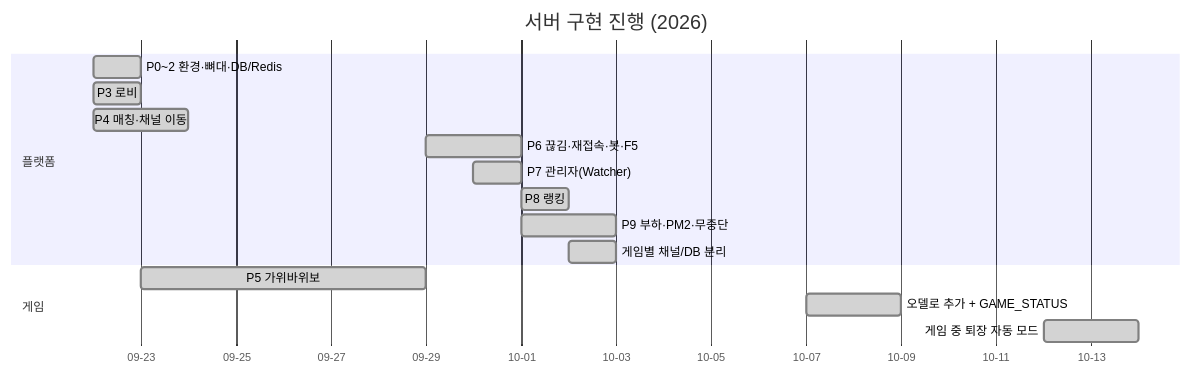
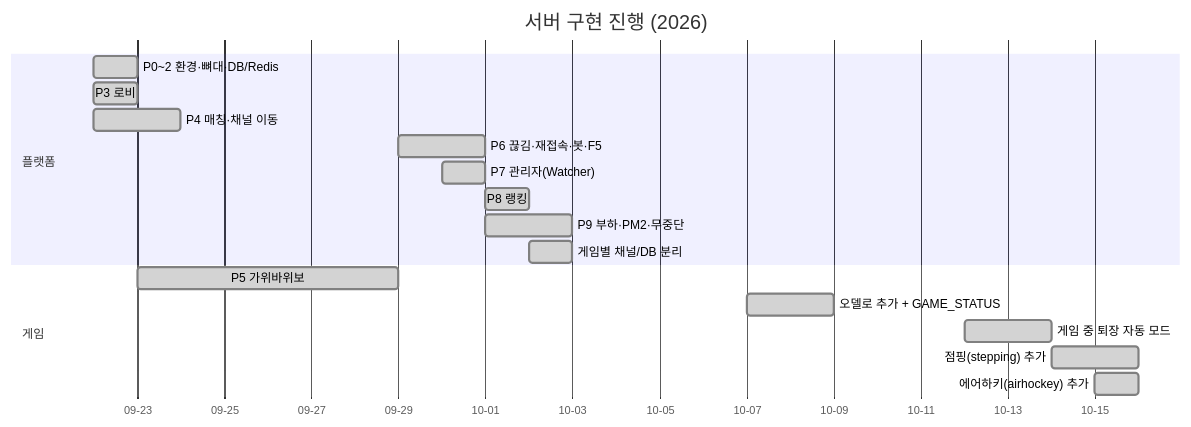
The first of 3 diagrams in TASKS.md (chadolcap/multi_game_vibe_coding_server_ruflo), drawn with Mermaid before and after one commit. The commit also changed other lines of this file and 28 other files, not shown here.

````diff
--- a/TASKS.md
+++ b/TASKS.md
@@ -10,19 +10,21 @@
 ```mermaid
 gantt
     title 서버 구현 진행 (2026)
     dateFormat YYYY-MM-DD
     axisFormat %m-%d
     section 플랫폼
     P0~2 환경·뼈대·DB/Redis      :done, 2026-09-22, 1d
     P3 로비                       :done, 2026-09-22, 1d
     P4 매칭·채널 이동             :done, 2026-09-22, 2d
     P6 끊김·재접속·봇·F5          :done, 2026-09-29, 2d
     P7 관리자(Watcher)            :done, 2026-09-30, 1d
     P8 랭킹                       :done, 2026-10-01, 1d
     P9 부하·PM2·무중단            :done, 2026-10-01, 2d
     게임별 채널/DB 분리           :done, 2026-10-02, 1d
     section 게임
     P5 가위바위보                 :done, 2026-09-23, 6d
     오델로 추가 + GAME_STATUS     :done, 2026-10-07, 2d
     게임 중 퇴장 자동 모드        :done, 2026-10-12, 2d
+    점핑(stepping) 추가           :done, 2026-10-14, 2d
+    에어하키(airhockey) 추가      :done, 2026-10-15, 1d
 ```
````
